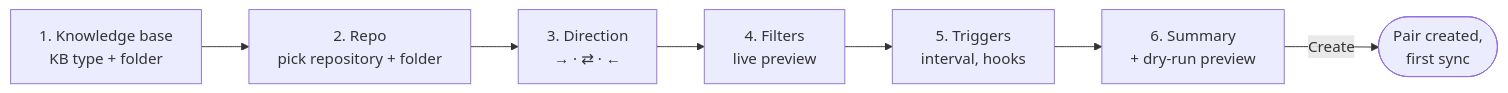
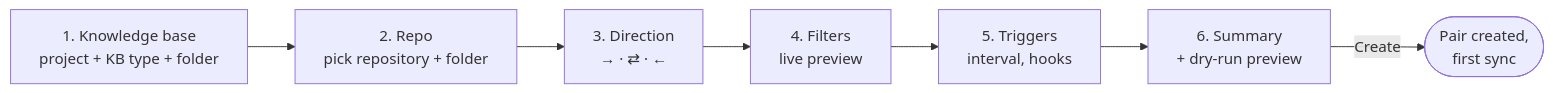
The third of 4 diagrams in documentation/en/08-configuration-ui.md (studoo-app/markoo), drawn with Mermaid before and after one commit. The commit also changed other lines of this file and 35 other files, not shown here.

````diff
--- a/documentation/en/08-configuration-ui.md
+++ b/documentation/en/08-configuration-ui.md
@@ -170,9 +179,9 @@
 ```mermaid
 flowchart LR
-    S1["1. Knowledge base<br/>KB type + folder"] --> S2["2. Repo<br/>pick repository + folder"]
+    S1["1. Knowledge base<br/>project + KB type + folder"] --> S2["2. Repo<br/>pick repository + folder"]
     S2 --> S3["3. Direction<br/>→ · ⇄ · ←"]
     S3 --> S4["4. Filters<br/>live preview"]
     S4 --> S5["5. Triggers<br/>interval, hooks"]
     S5 --> S6["6. Summary<br/>+ dry-run preview"]
     S6 -->|Create| OK(["Pair created,<br/>first sync"])
 ```
````
